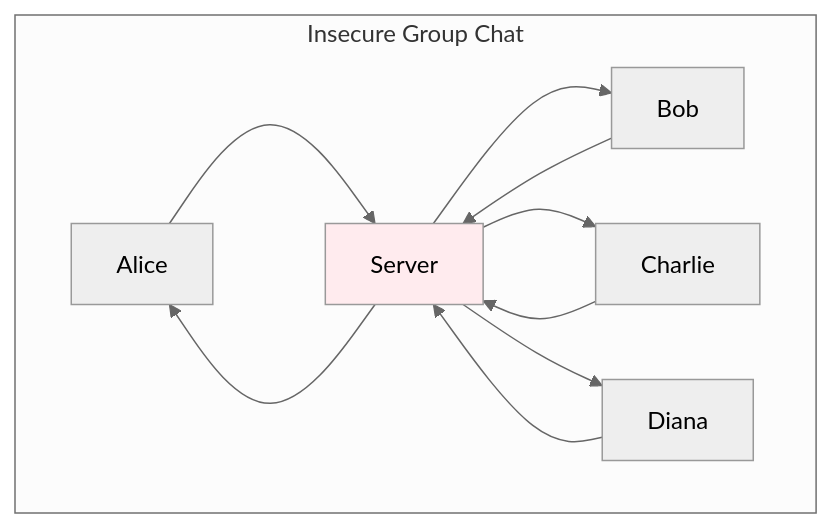
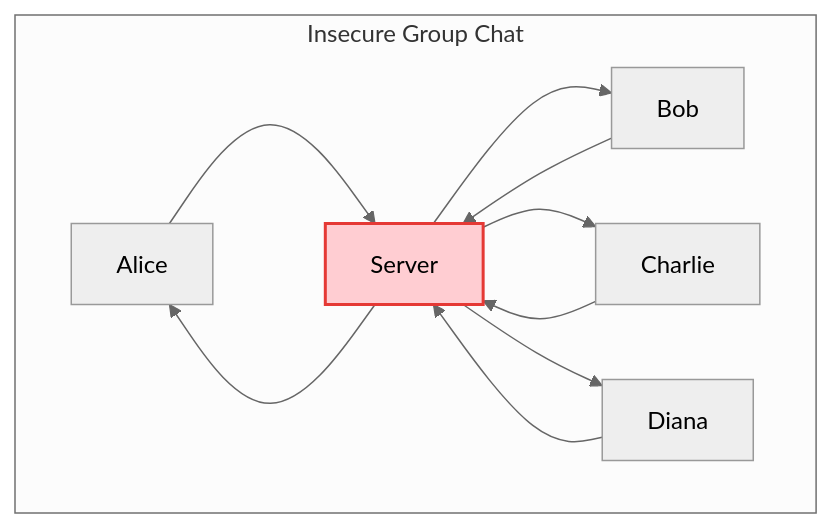
One commit to prabhatg/signal_crypto_lib changed the ninth of 16 diagrams in docs/signal_protocol_for_kids.md. Above: the diagram before and after it, drawn with Mermaid (neutral theme). The commit also changed other lines of this file and 1 other file, not shown here.

Commit message:
Documentation diagram updates

````diff
--- a/docs/signal_protocol_for_kids.md
+++ b/docs/signal_protocol_for_kids.md
@@ -265,16 +265,16 @@
 ```mermaid
 graph TB
     subgraph "Insecure Group Chat"
         A[Alice] --> S[Server]
         B[Bob] --> S
         C[Charlie] --> S
         D[Diana] --> S
         
         S --> A
         S --> B
         S --> C
         S --> D
     end
     
-    style S fill:#ffebee
+    style S fill:#ffcdd2,stroke:#e53935,stroke-width:2px,color:#000
 ```
````
